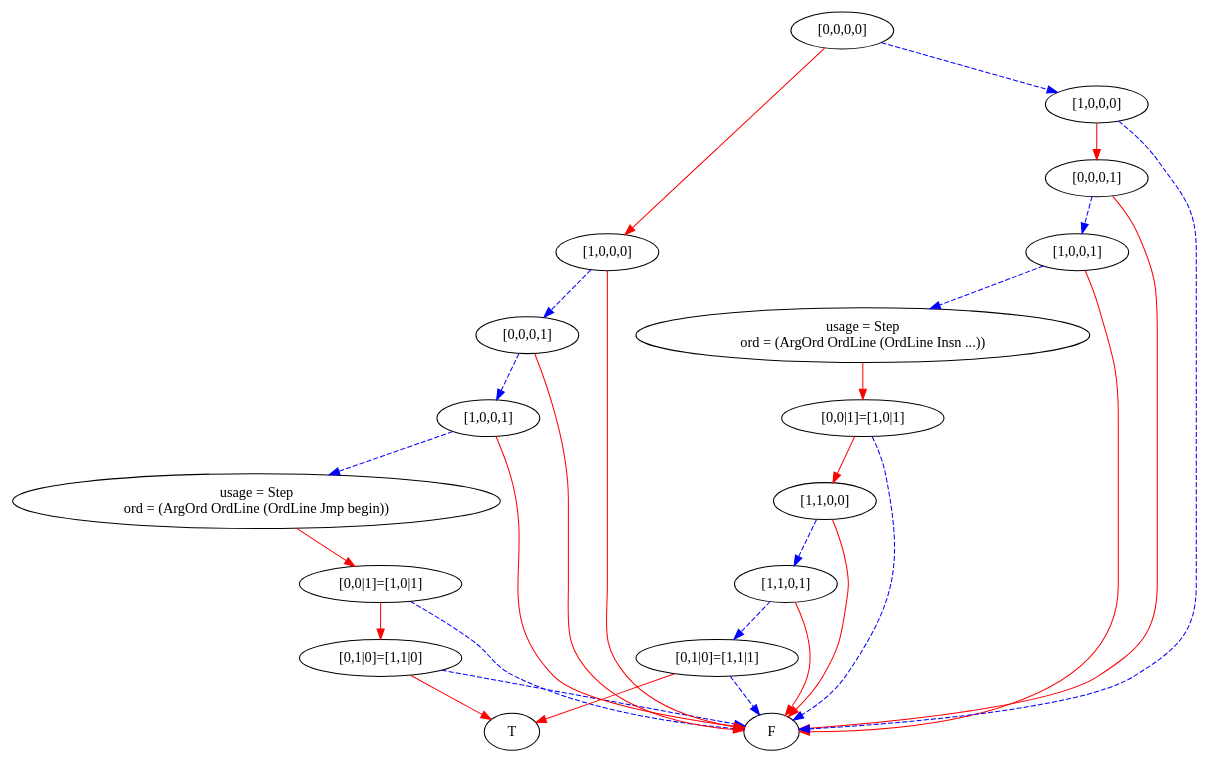
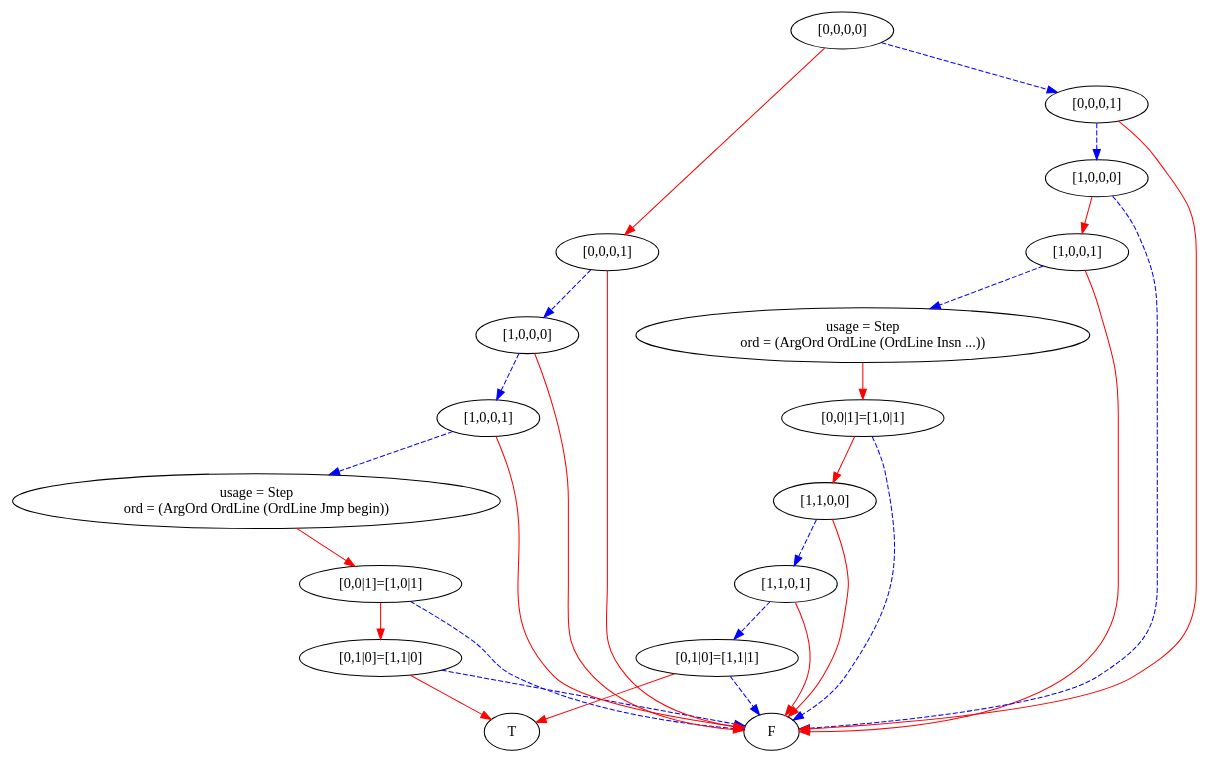
The diagram in simpleProgram5.dot (mburyakov/minxmod), drawn with Graphviz before and after one commit. The commit also changed 10 other files, not shown here.

```diff
--- a/simpleProgram5.dot
+++ b/simpleProgram5.dot
@@ -1,60 +1,60 @@
 digraph {
     1 [label=F];
     2 [label=T];
     3 [label="[0,1|0]=[1,1|0]"];
     4 [label="[0,0|1]=[1,0|1]"];
     5 [label="usage = Step\nord = (ArgOrd OrdLine (OrdLine Jmp begin))"];
     6 [label="[1,0,0,1]"];
-    7 [label="[0,0,0,1]"];
-    8 [label="[1,0,0,0]"];
+    7 [label="[1,0,0,0]"];
+    8 [label="[0,0,0,1]"];
     9 [label="[0,1|0]=[1,1|1]"];
     10 [label="[1,1,0,1]"];
     11 [label="[1,1,0,0]"];
     12 [label="[0,0|1]=[1,0|1]"];
     13 [label="usage = Step\nord = (ArgOrd OrdLine (OrdLine Insn ...))"];
     14 [label="[1,0,0,1]"];
-    15 [label="[0,0,0,1]"];
-    16 [label="[1,0,0,0]"];
+    15 [label="[1,0,0,0]"];
+    16 [label="[0,0,0,1]"];
     17 [label="[0,0,0,0]"];
     3 -> 1 [style=dashed
            ,color=blue];
     3 -> 2 [color=red];
     4 -> 3 [color=red];
     4 -> 1 [style=dashed
            ,color=blue];
     5 -> 4 [color=red];
     6 -> 5 [style=dashed
            ,color=blue];
     6 -> 1 [color=red];
     7 -> 6 [style=dashed
            ,color=blue];
     7 -> 1 [color=red];
     8 -> 7 [style=dashed
            ,color=blue];
     8 -> 1 [color=red];
     9 -> 1 [style=dashed
            ,color=blue];
     9 -> 2 [color=red];
     10 -> 9 [style=dashed
             ,color=blue];
     10 -> 1 [color=red];
     11 -> 10 [style=dashed
              ,color=blue];
     11 -> 1 [color=red];
     12 -> 11 [color=red];
     12 -> 1 [style=dashed
             ,color=blue];
     13 -> 12 [color=red];
     14 -> 13 [style=dashed
              ,color=blue];
     14 -> 1 [color=red];
-    15 -> 14 [style=dashed
+    15 -> 14 [color=red];
+    15 -> 1 [style=dashed
+            ,color=blue];
+    16 -> 15 [style=dashed
              ,color=blue];
-    15 -> 1 [color=red];
-    16 -> 15 [color=red];
-    16 -> 1 [style=dashed
-            ,color=blue];
+    16 -> 1 [color=red];
     17 -> 8 [color=red];
     17 -> 16 [style=dashed
              ,color=blue];
 }
```
